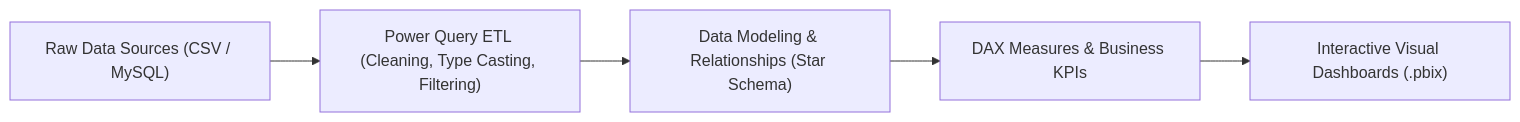
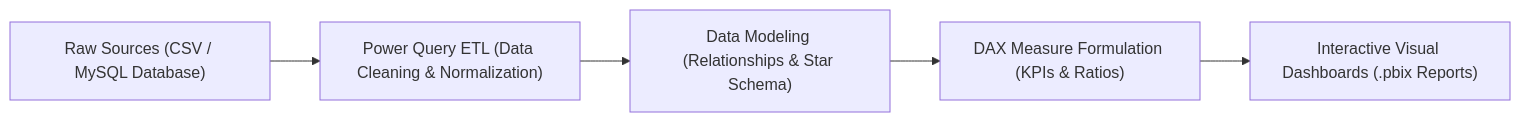
The diagram in README.md (prakruthidevanga/Business-Analytics), drawn with Mermaid before and after one commit. The commit also changed other lines of this file, not shown here.

Commit message:
docs: modernize README with royal blue waving banner, ETL pipeline diagram, and structured TOC

````diff
--- a/README.md
+++ b/README.md
@@ -33,7 +74,7 @@
 ```mermaid
 flowchart LR
-    A["Raw Data Sources (CSV / MySQL)"] --> B["Power Query ETL (Cleaning, Type Casting, Filtering)"]
-    B --> C["Data Modeling & Relationships (Star Schema)"]
-    C --> D["DAX Measures & Business KPIs"]
-    D --> E["Interactive Visual Dashboards (.pbix)"]
+    A["Raw Sources (CSV / MySQL Database)"] --> B["Power Query ETL (Data Cleaning & Normalization)"]
+    B --> C["Data Modeling (Relationships & Star Schema)"]
+    C --> D["DAX Measure Formulation (KPIs & Ratios)"]
+    D --> E["Interactive Visual Dashboards (.pbix Reports)"]
 ```
````
